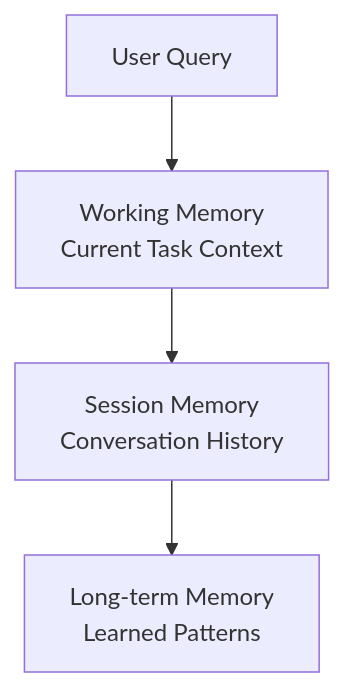
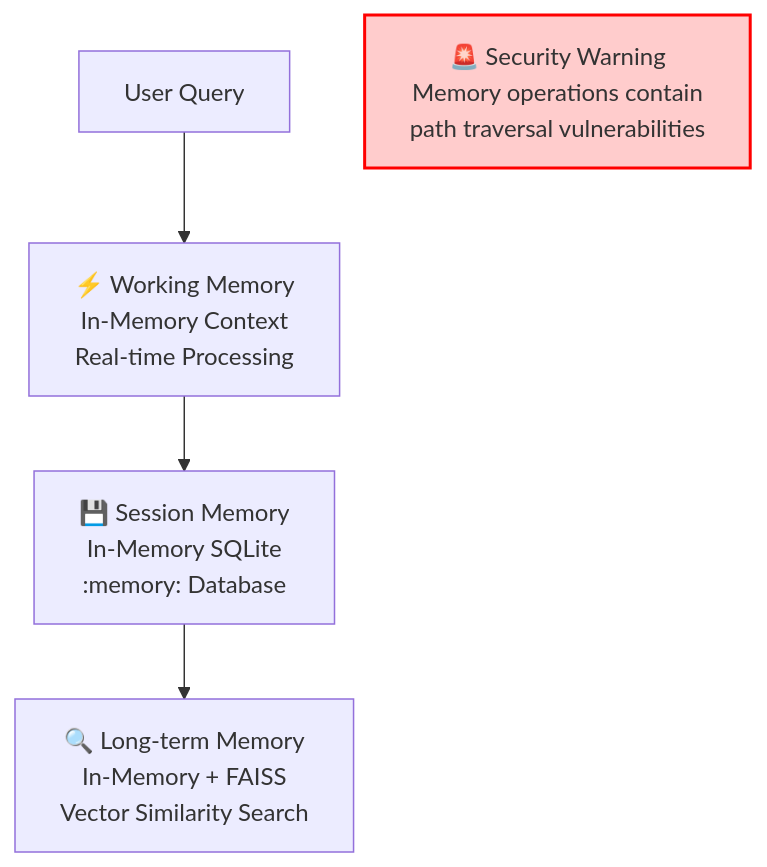
The first of 8 diagrams in MEMORY_AGENTS_DASHBOARD_GUIDE.md (Ab2021/infra), drawn with Mermaid before and after one commit. The commit also changed other lines of this file and 4 other files, not shown here.

Commit message:
added sqlite and faiss v3

````diff
--- a/MEMORY_AGENTS_DASHBOARD_GUIDE.md
+++ b/MEMORY_AGENTS_DASHBOARD_GUIDE.md
@@ -54,10 +69,14 @@
 ```mermaid
 graph TD
-    A[User Query] --> B[Working Memory]
-    B --> C[Session Memory]
-    C --> D[Long-term Memory]
+    A[User Query] --> B[⚡ Working Memory]
+    B --> C[💾 Session Memory]
+    C --> D[🔍 Long-term Memory]
     
-    B[Working Memory<br/>Current Task Context]
-    C[Session Memory<br/>Conversation History]
-    D[Long-term Memory<br/>Learned Patterns]
+    B[⚡ Working Memory<br/>In-Memory Context<br/>Real-time Processing]
+    C[💾 Session Memory<br/>In-Memory SQLite<br/>:memory: Database]
+    D[🔍 Long-term Memory<br/>In-Memory + FAISS<br/>Vector Similarity Search]
+    
+    E[🚨 Security Warning<br/>Memory operations contain<br/>path traversal vulnerabilities]
+    
+    style E fill:#ffcccc,stroke:#ff0000,stroke-width:2px
 ```
````
